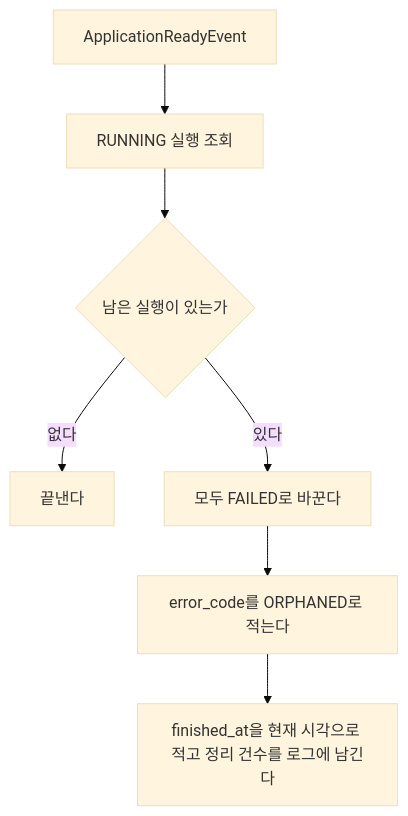
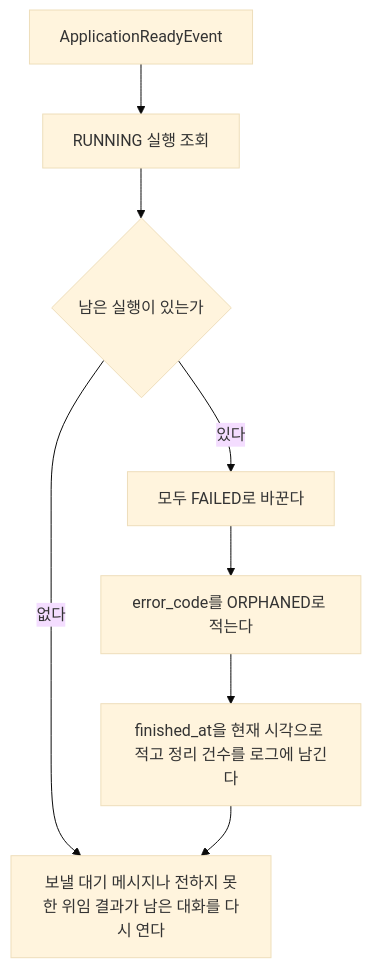
The first of 3 diagrams in docs/backend/turn-control.md (jon890/fos-assistant), drawn with Mermaid (base theme) before and after one commit. The commit also changed other lines of this file and 38 other files, not shown here.

````diff
--- a/docs/backend/turn-control.md
+++ b/docs/backend/turn-control.md
@@ -101,9 +101,10 @@
 ```mermaid
 flowchart TD
     A[ApplicationReadyEvent] --> B[RUNNING 실행 조회]
     B --> C{남은 실행이 있는가}
-    C -- 없다 --> D[끝낸다]
+    C -- 없다 --> H[보낼 대기 메시지나 전하지 못한 위임 결과가 남은 대화를 다시 연다]
     C -- 있다 --> E[모두 FAILED로 바꾼다]
     E --> F[error_code를 ORPHANED로 적는다]
     F --> G[finished_at을 현재 시각으로 적고 정리 건수를 로그에 남긴다]
+    G --> H
 ```
````
